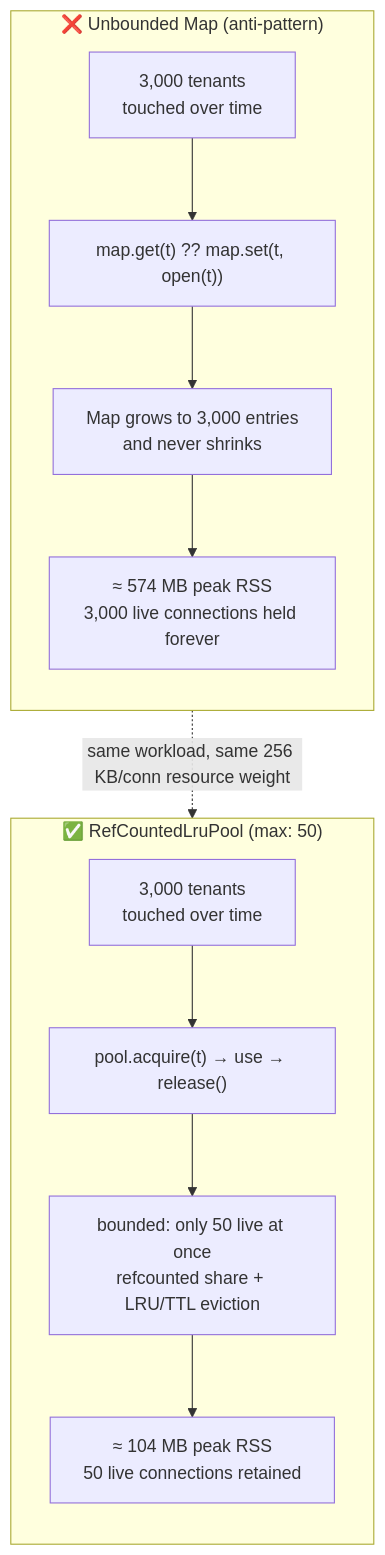
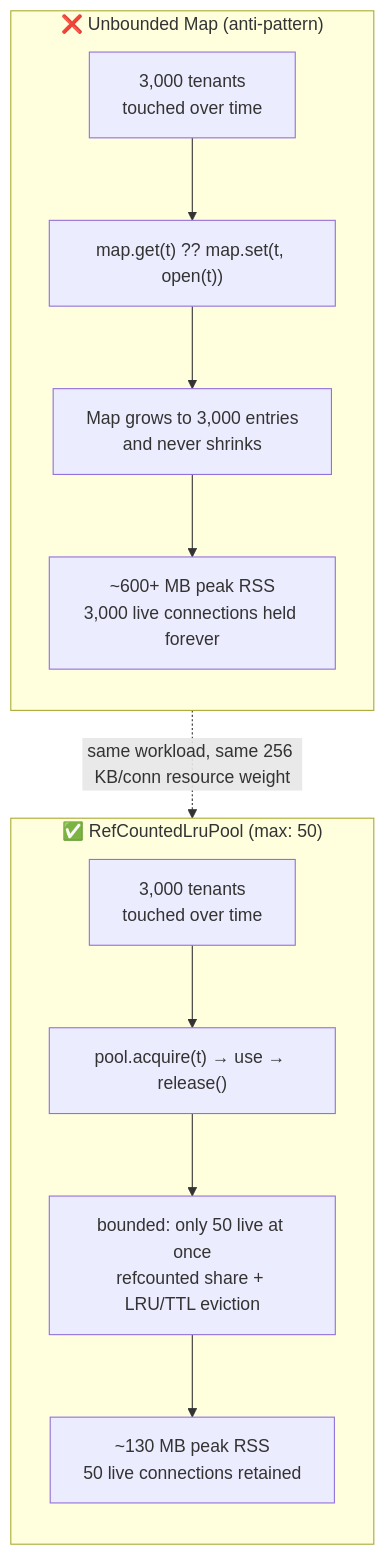
The first of 7 diagrams in ARCHITECTURE.md (expedite-atul/refpool), drawn with Mermaid before and after one commit. The commit also changed other lines of this file and 34 other files, not shown here.

First line of the commit message:
docs: animated architecture & integration diagrams, launch assets, and repo metadata

````diff
--- a/ARCHITECTURE.md
+++ b/ARCHITECTURE.md
@@ -33,18 +33,18 @@
 ```mermaid
 flowchart TB
     subgraph naive["❌ Unbounded Map (anti-pattern)"]
         direction TB
         R1["3,000 tenants<br/>touched over time"] --> M["map.get(t) ?? map.set(t, open(t))"]
         M --> G["Map grows to 3,000 entries<br/>and never shrinks"]
-        G --> MEM["≈ 574 MB peak RSS<br/>3,000 live connections held forever"]
+        G --> MEM["~600+ MB peak RSS<br/>3,000 live connections held forever"]
     end
 
     subgraph pool["✅ RefCountedLruPool (max: 50)"]
         direction TB
         R2["3,000 tenants<br/>touched over time"] --> A["pool.acquire(t) → use → release()"]
         A --> B["bounded: only 50 live at once<br/>refcounted share + LRU/TTL eviction"]
-        B --> MEM2["≈ 104 MB peak RSS<br/>50 live connections retained"]
+        B --> MEM2["~130 MB peak RSS<br/>50 live connections retained"]
     end
 
     naive -.->|"same workload, same 256 KB/conn resource weight"| pool
 ```
````
